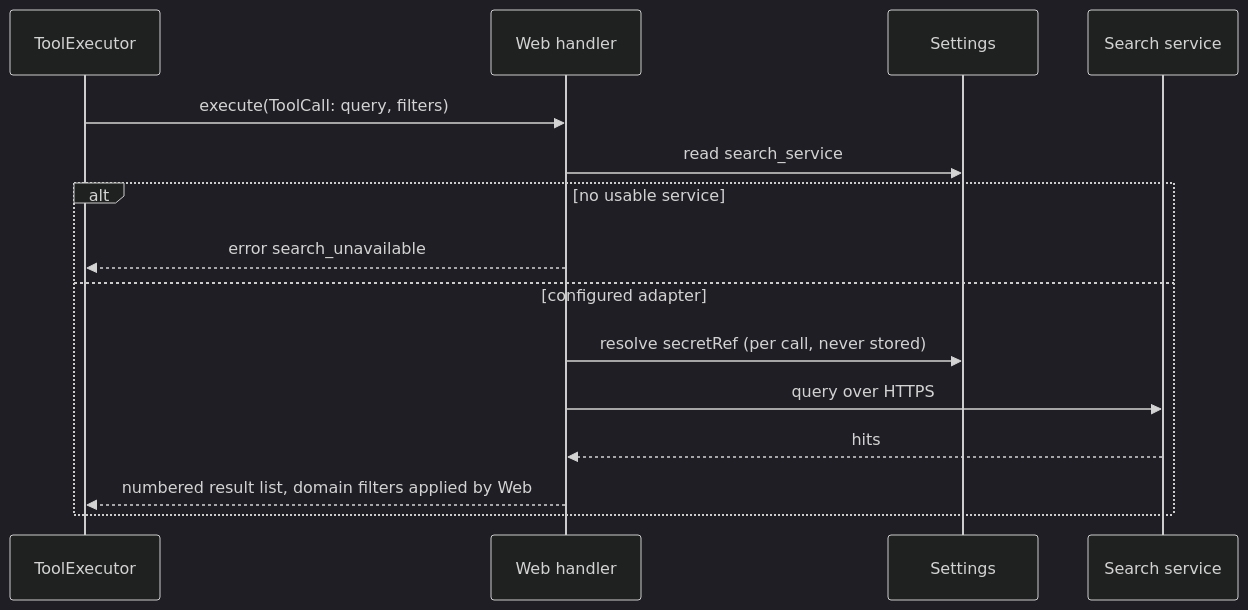
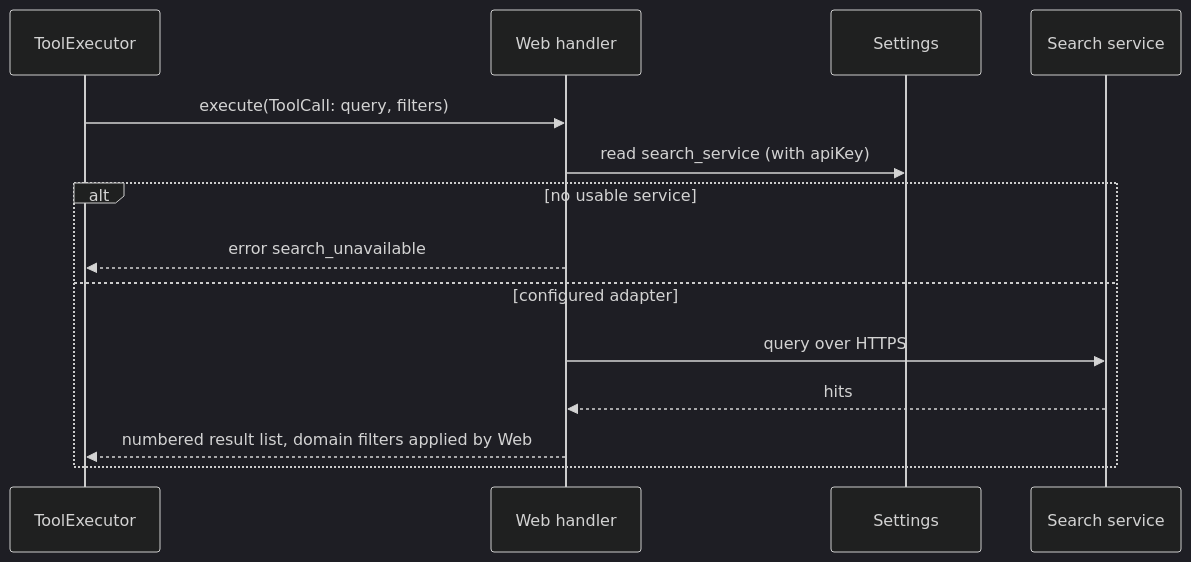
One commit to CoutinhoTTS/dim-agent changed the fourth of 5 diagrams in docs/design/plugins/Web.md. Above: the diagram before and after it, drawn with Mermaid (dark theme). The commit also changed other lines of this file and 1 other file, not shown here.

Commit message:
docs(web): own the search API key instead of a credentials resolver

````diff
--- a/docs/design/plugins/Web.md
+++ b/docs/design/plugins/Web.md
@@ -95,17 +93,16 @@
 ```mermaid
 sequenceDiagram
   participant X as ToolExecutor
   participant W as Web handler
   participant S as Settings
   participant Q as Search service
   X->>W: execute(ToolCall: query, filters)
-  W->>S: read search_service
+  W->>S: read search_service (with apiKey)
   alt no usable service
     W-->>X: error search_unavailable
   else configured adapter
-    W->>S: resolve secretRef (per call, never stored)
     W->>Q: query over HTTPS
     Q-->>W: hits
     W-->>X: numbered result list, domain filters applied by Web
   end
 ```
````
